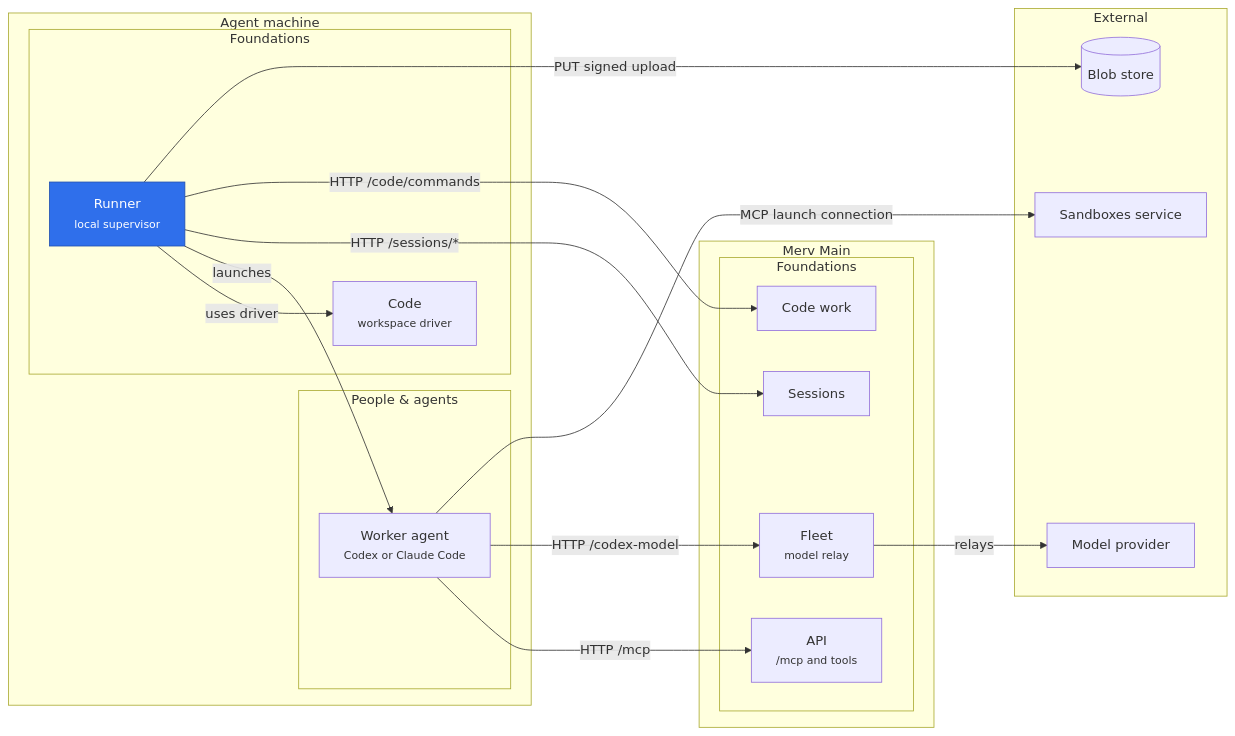
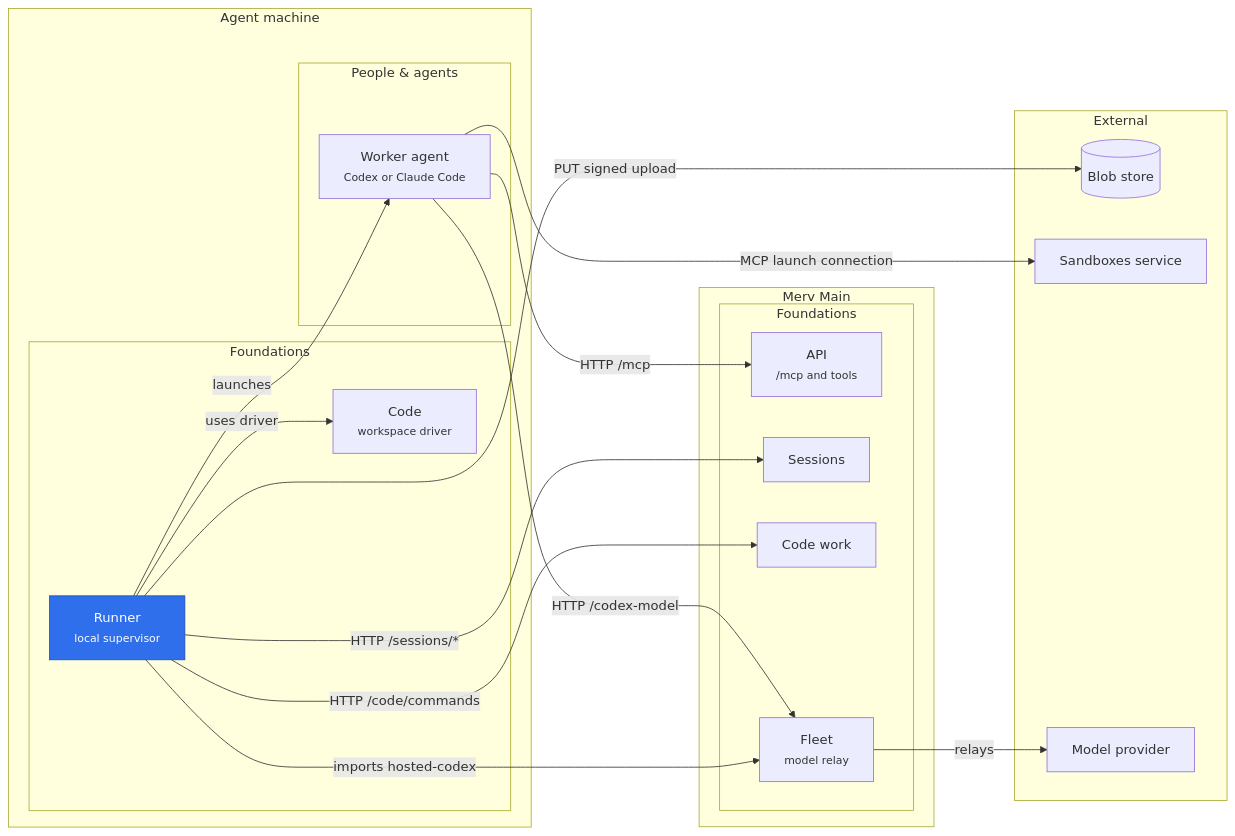
The diagram in merv-typescript/packages/runner/README.md (rapidreview-io/Merv), drawn with Mermaid before and after one commit. The commit also changed 31 other files, not shown here.

First line of the commit message:
Make Fleet the one grant authority for hosted Codex's model

````diff
--- a/merv-typescript/packages/runner/README.md
+++ b/merv-typescript/packages/runner/README.md
@@ -7,36 +7,37 @@
 ```mermaid
 flowchart LR
   subgraph machine["Agent machine"]
     subgraph machinePeople["People & agents"]
       workerAgent["Worker agent<br/><small>Codex or Claude Code</small>"]
     end
     subgraph machineFoundations["Foundations"]
       runner["Runner<br/><small>local supervisor</small>"]
       code["Code<br/><small>workspace driver</small>"]
     end
   end
   subgraph main["Merv Main"]
     subgraph mainFoundations["Foundations"]
       api["API<br/><small>/mcp and tools</small>"]
       sessions["Sessions"]
       codeWork["Code work"]
       fleet["Fleet<br/><small>model relay</small>"]
     end
   end
   subgraph externalLayer["External"]
     blobStore[("Blob store")]
     sandboxesService["Sandboxes service"]
     modelProvider["Model provider"]
   end
   runner -- "uses driver" --> code
   runner -- "launches" --> workerAgent
   runner -- "HTTP /sessions/*" --> sessions
   runner -- "HTTP /code/commands" --> codeWork
   runner -- "PUT signed upload" --> blobStore
+  runner -- "imports hosted-codex" --> fleet
   workerAgent -- "HTTP /mcp" --> api
   workerAgent -- "HTTP /codex-model" --> fleet
   workerAgent -- "MCP launch connection" --> sandboxesService
   fleet -- "relays" --> modelProvider
   classDef self fill:#2f6feb,color:#fff,stroke:#1f4fb0
   class runner self
 ```
````
